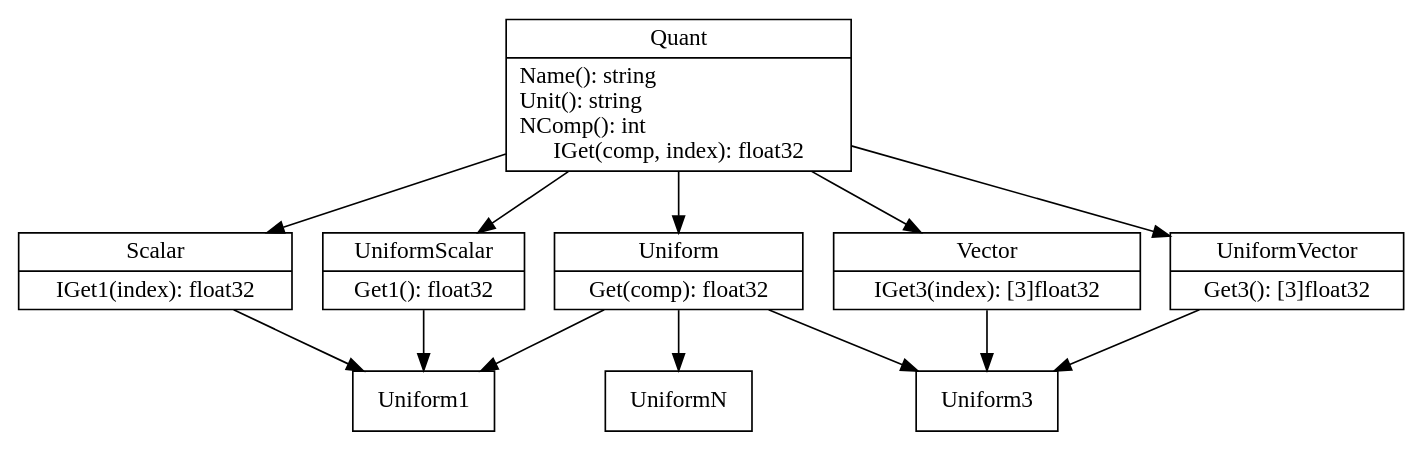
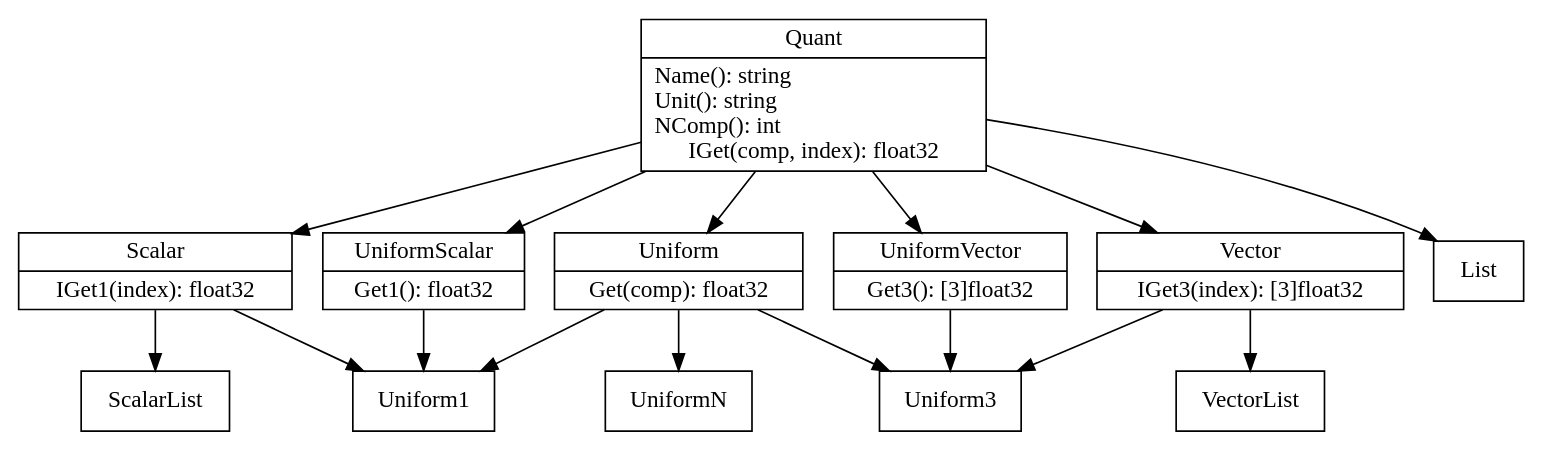
One commit to mumax/3 changed the diagram in whiteboard.dot. Above: the diagram before and after it, drawn with Graphviz.

Commit message:
update whiteboard

```diff
--- a/whiteboard.dot
+++ b/whiteboard.dot
@@ -1,37 +1,46 @@
 digraph whiteboard{
 
 node [ shape = "record" ]
 
 Quant [label="{Quant | Name(): string \l Unit(): string \l NComp(): int \l IGet(comp, index): float32}"]
 
 Scalar [label="{Scalar | IGet1(index): float32}"]
 Quant->Scalar
 
 
 Vector [label="{Vector | IGet3(index): [3]float32}"]
 Quant->Vector
 
 
 Uniform [label="{Uniform | Get(comp): float32}"]
 Quant->Uniform
 
 UniformScalar [label="{UniformScalar | Get1(): float32}"]
 Quant->UniformScalar
 
 UniformVector [label="{UniformVector | Get3(): [3]float32}"]
 Quant->UniformVector
 
 UniformN [label="{UniformN}"]
 Uniform->UniformN
 
 Uniform1 [label="{Uniform1}"]
 Uniform->Uniform1
 Scalar->Uniform1
 UniformScalar->Uniform1
 
 Uniform3 [label="{Uniform3}"]
 Uniform->Uniform3
 Vector->Uniform3
 UniformVector->Uniform3
 
+List [label="{List}"]
+Quant->List
+
+ScalarList [label="{ScalarList}"]
+Scalar->ScalarList
+
+VectorList [label="{VectorList}"]
+Vector->VectorList
+
 }
```
